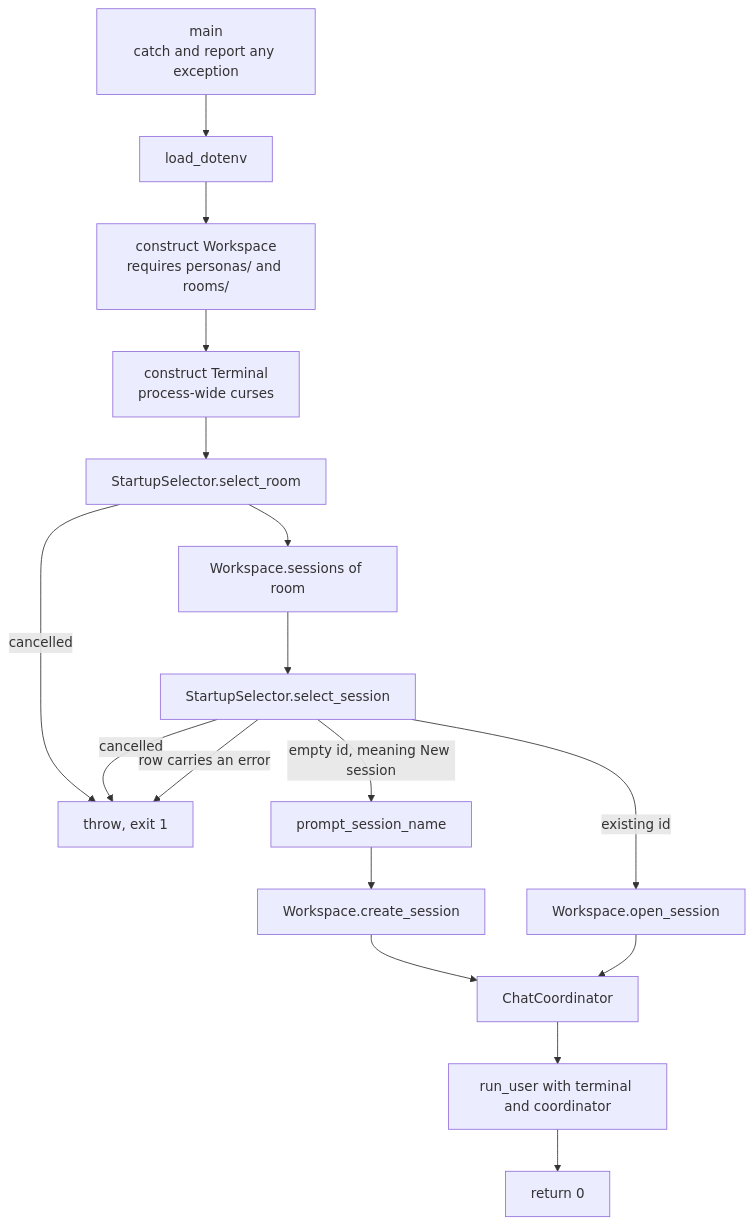
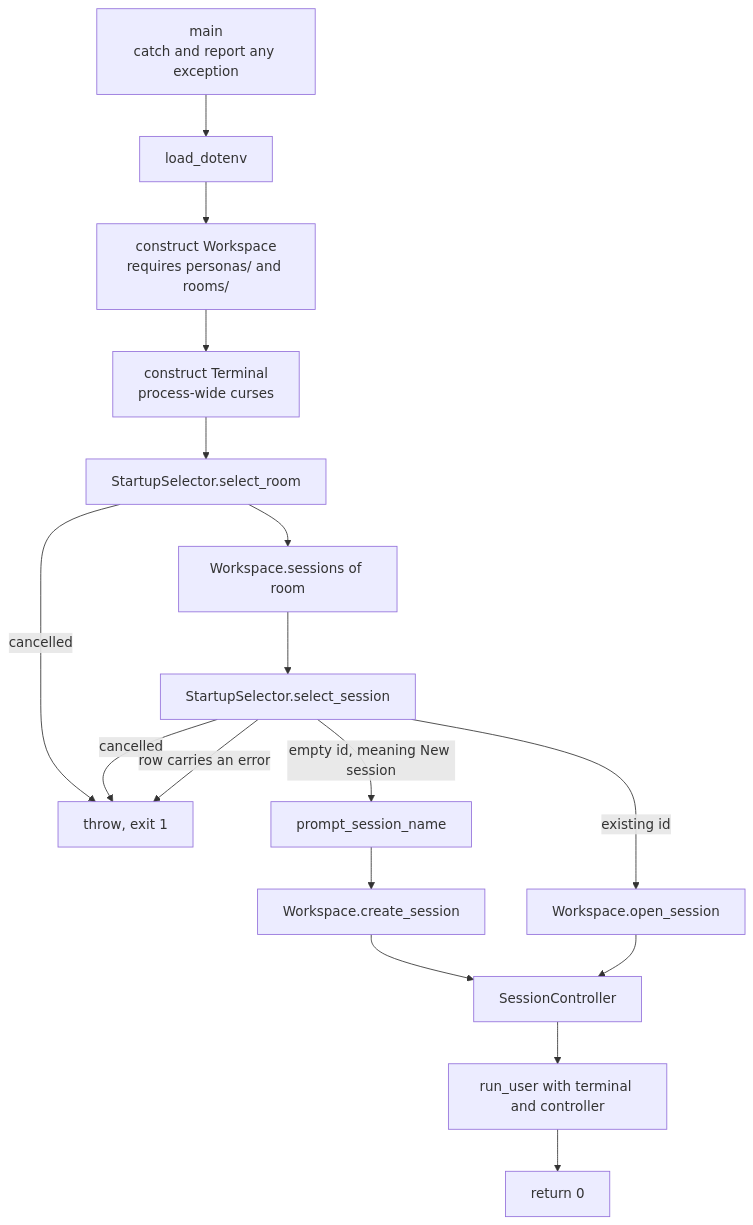
The diagram in src/apps/README.md (michaelpopov/cha), drawn with Mermaid before and after one commit. The commit also changed other lines of this file and 98 other files, not shown here.

````diff
--- a/src/apps/README.md
+++ b/src/apps/README.md
@@ -16,19 +17,19 @@
 ```mermaid
 flowchart TD
     a["main<br/>catch and report any exception"] --> b["load_dotenv"]
     b --> c["construct Workspace<br/>requires personas/ and rooms/"]
     c --> d["construct Terminal<br/>process-wide curses"]
     d --> e["StartupSelector.select_room"]
     e -->|"cancelled"| x["throw, exit 1"]
     e --> f["Workspace.sessions of room"]
     f --> g["StartupSelector.select_session"]
     g -->|"cancelled"| x
     g -->|"row carries an error"| x
     g -->|"empty id, meaning New session"| h["prompt_session_name"]
     h --> i["Workspace.create_session"]
     g -->|"existing id"| j["Workspace.open_session"]
-    i --> k["ChatCoordinator"]
+    i --> k["SessionController"]
     j --> k
-    k --> l["run_user with terminal and coordinator"]
+    k --> l["run_user with terminal and controller"]
     l --> m["return 0"]
 ```
````
